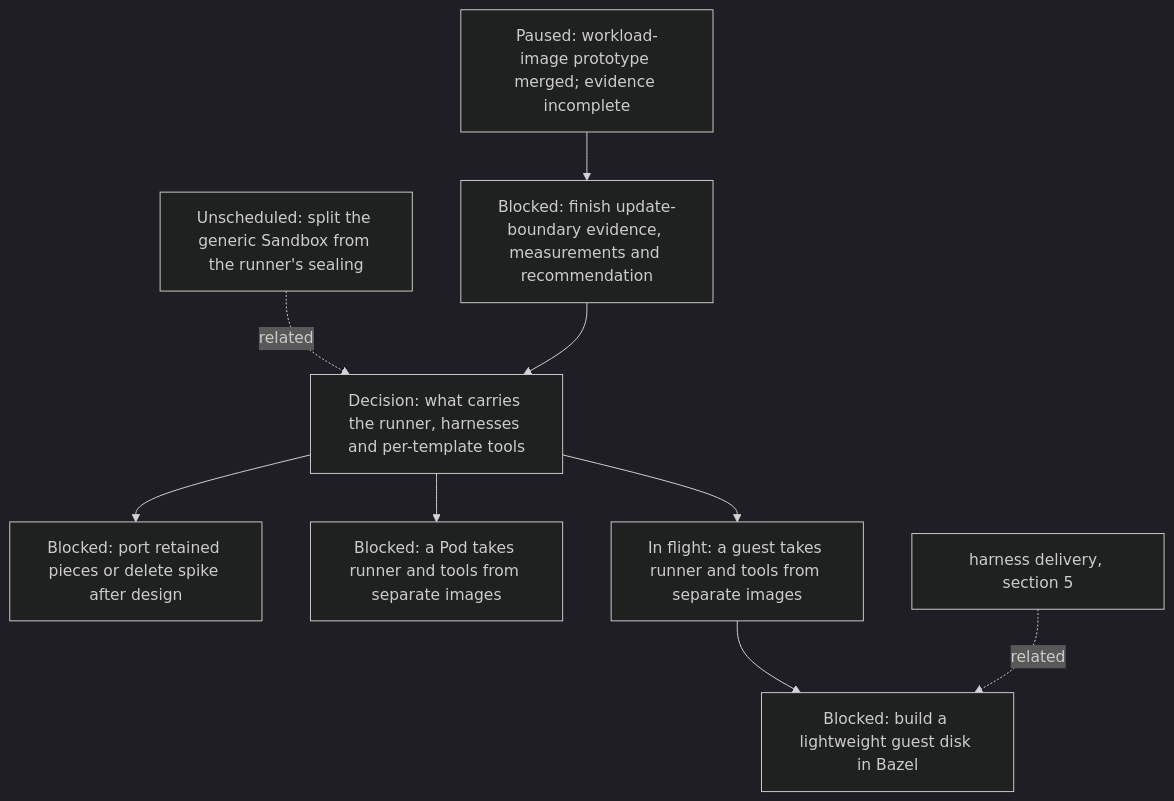
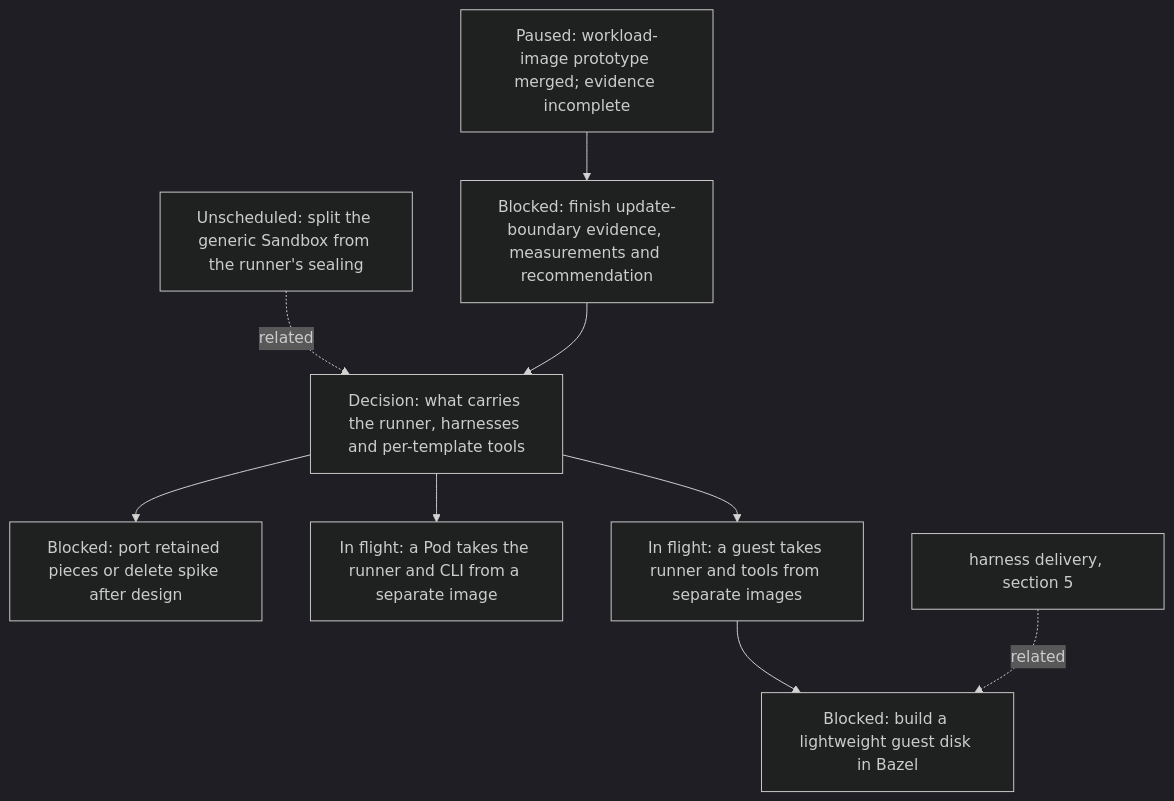
Before and after one commit to agentydragon-agent/ducktape: diagram 11 of 17 in agentplane/plans/task_dag.md, drawn with Mermaid (dark theme). The commit also changed other lines of this file and 2 other files, not shown here.

````diff
--- a/agentplane/plans/task_dag.md
+++ b/agentplane/plans/task_dag.md
@@ -1368,16 +1368,16 @@
 ```mermaid
 flowchart TD
     SANDBOX_GENERIC_SPLIT[Unscheduled: split the generic Sandbox from the runner's sealing]
     RUNNER_IMAGE_LAYERING_DESIGN[Decision: what carries the runner, harnesses and per-template tools]
     RUNNER_LAYERING_SPIKE[Paused: workload-image prototype merged; evidence incomplete]
     RUNNER_LAYERING_SPIKE_EXIT[Blocked: finish update-boundary evidence, measurements and recommendation]
     RUNNER_LAYERING_SPIKE_RETIRE[Blocked: port retained pieces or delete spike after design]
     SANDBOX_GENERIC_SPLIT -. related .-> RUNNER_IMAGE_LAYERING_DESIGN
     RUNNER_LAYERING_SPIKE --> RUNNER_LAYERING_SPIKE_EXIT
     RUNNER_LAYERING_SPIKE_EXIT --> RUNNER_IMAGE_LAYERING_DESIGN
     RUNNER_IMAGE_LAYERING_DESIGN --> RUNNER_LAYERING_SPIKE_RETIRE
-    RUNNER_IMAGE_LAYERING_DESIGN --> RUNNER_LAYERING_POD[Blocked: a Pod takes runner and tools from separate images]
+    RUNNER_IMAGE_LAYERING_DESIGN --> RUNNER_LAYERING_POD[In flight: a Pod takes the runner and CLI from a separate image]
     RUNNER_IMAGE_LAYERING_DESIGN --> RUNNER_LAYERING_VM[In flight: a guest takes runner and tools from separate images]
     RUNNER_LAYERING_VM --> K3S_VM_IMAGE[Blocked: build a lightweight guest disk in Bazel]
     RUNNER_HARNESS_DELIVERY_DESIGN[harness delivery, section 5] -. related .-> K3S_VM_IMAGE
 ```
````
